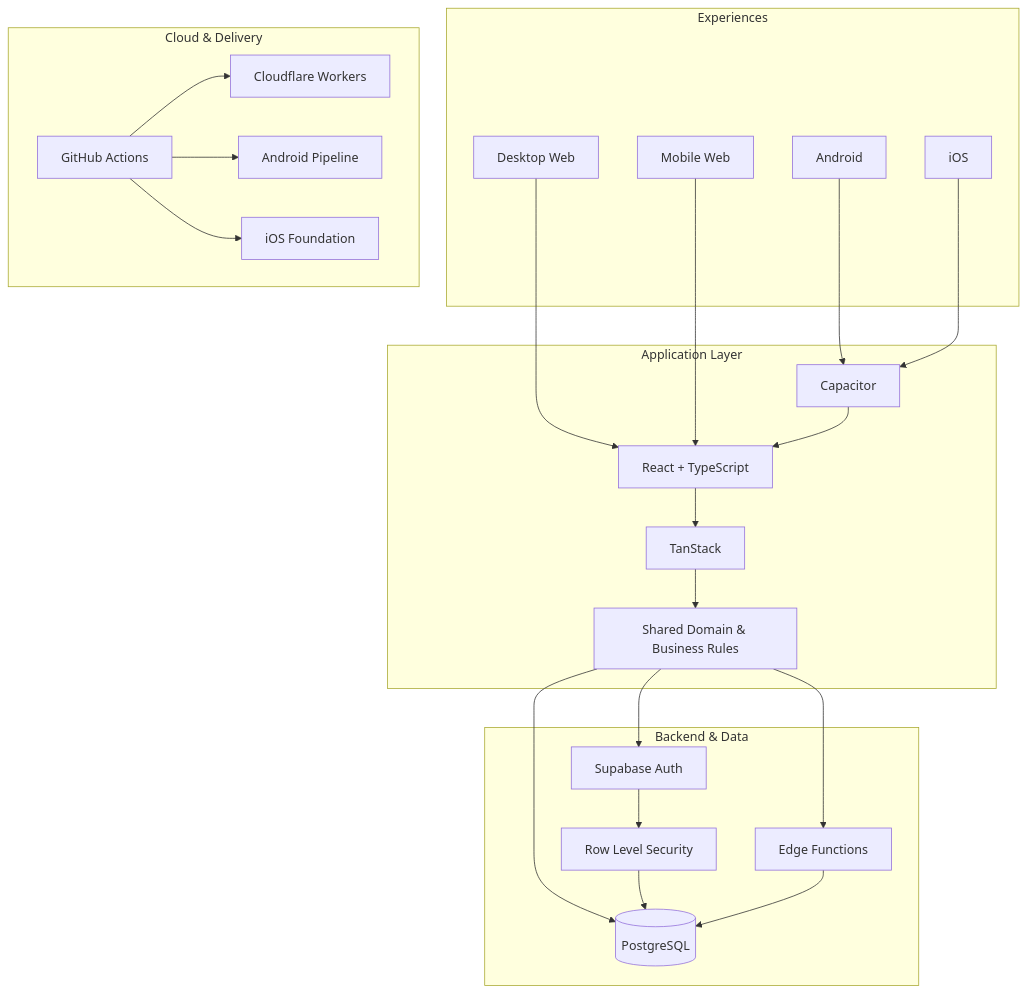
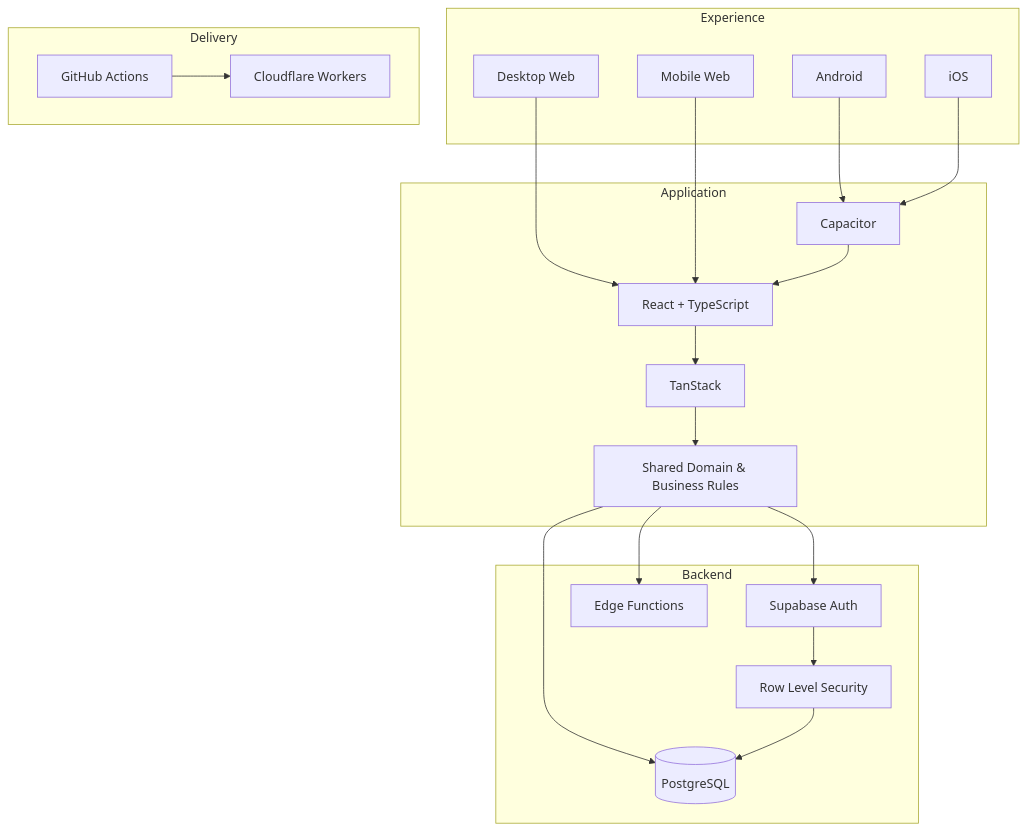
Before and after one commit to Inosuke-Company/Inosuke-Company: the diagram in README.en.md, drawn with Mermaid. The commit also changed other lines of this file, not shown here.

````diff
--- a/README.en.md
+++ b/README.en.md
@@ -55,43 +71,36 @@
 ```mermaid
 flowchart TB
-    subgraph Experience[Experiences]
+    subgraph Experience
         WEB[Desktop Web]
         MOBILE[Mobile Web]
         ANDROID[Android]
         IOS[iOS]
     end
-    subgraph Application[Application Layer]
+    subgraph Application
         REACT[React + TypeScript]
-        ROUTER[TanStack]
+        TANSTACK[TanStack]
         DOMAIN[Shared Domain & Business Rules]
         CAP[Capacitor]
     end
-    subgraph Data[Backend & Data]
+    subgraph Backend
         AUTH[Supabase Auth]
         EDGE[Edge Functions]
         RLS[Row Level Security]
         DB[(PostgreSQL)]
     end
-    subgraph Delivery[Cloud & Delivery]
+    subgraph Delivery
         CF[Cloudflare Workers]
         GH[GitHub Actions]
-        APK[Android Pipeline]
-        IOSPIPE[iOS Foundation]
     end
     WEB --> REACT
     MOBILE --> REACT
     ANDROID --> CAP
     IOS --> CAP
     CAP --> REACT
-    REACT --> ROUTER
-    ROUTER --> DOMAIN
+    REACT --> TANSTACK --> DOMAIN
     DOMAIN --> AUTH
     DOMAIN --> EDGE
     DOMAIN --> DB
-    AUTH --> RLS
-    RLS --> DB
-    EDGE --> DB
+    AUTH --> RLS --> DB
     GH --> CF
-    GH --> APK
-    GH --> IOSPIPE
 ```
````
